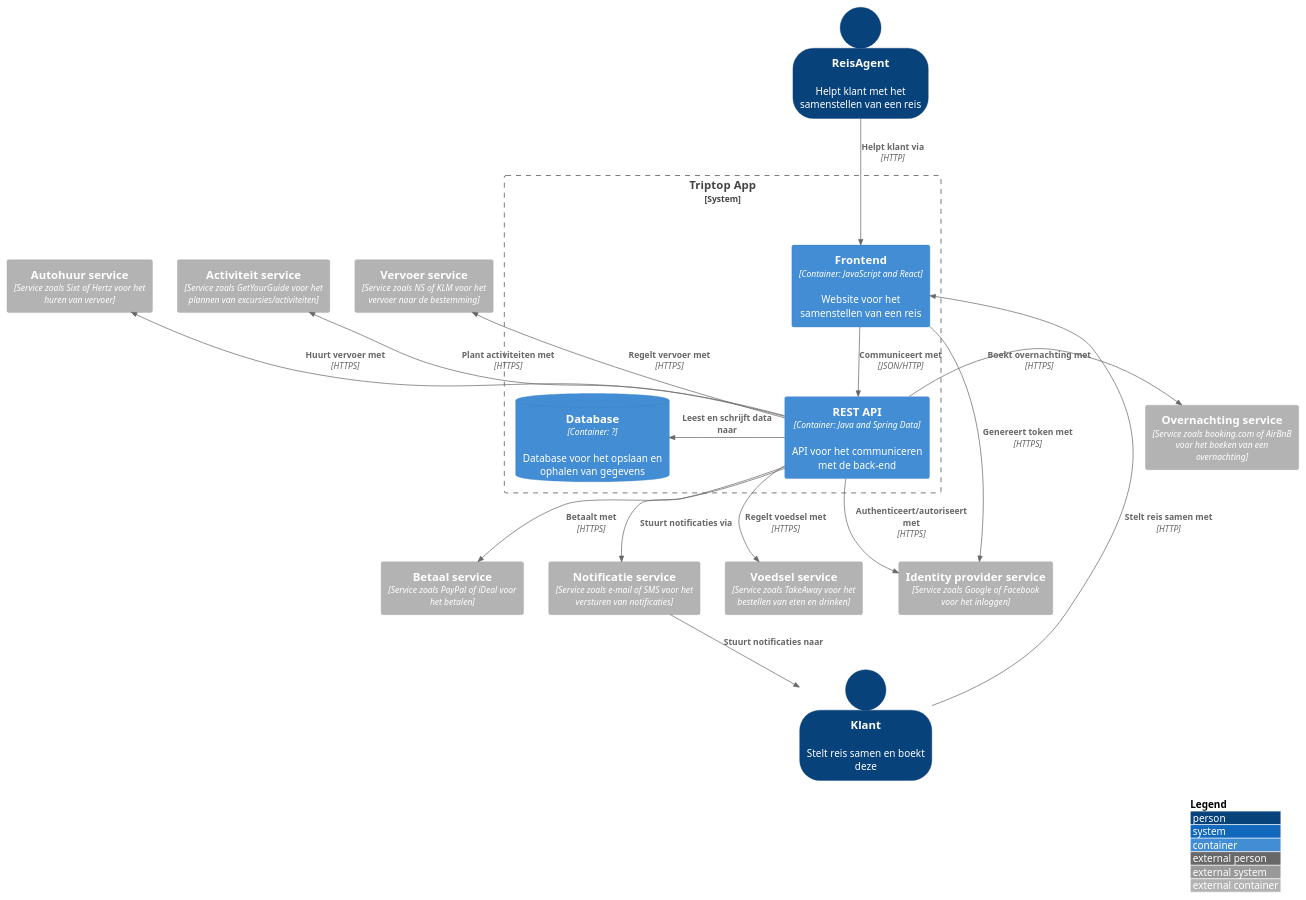
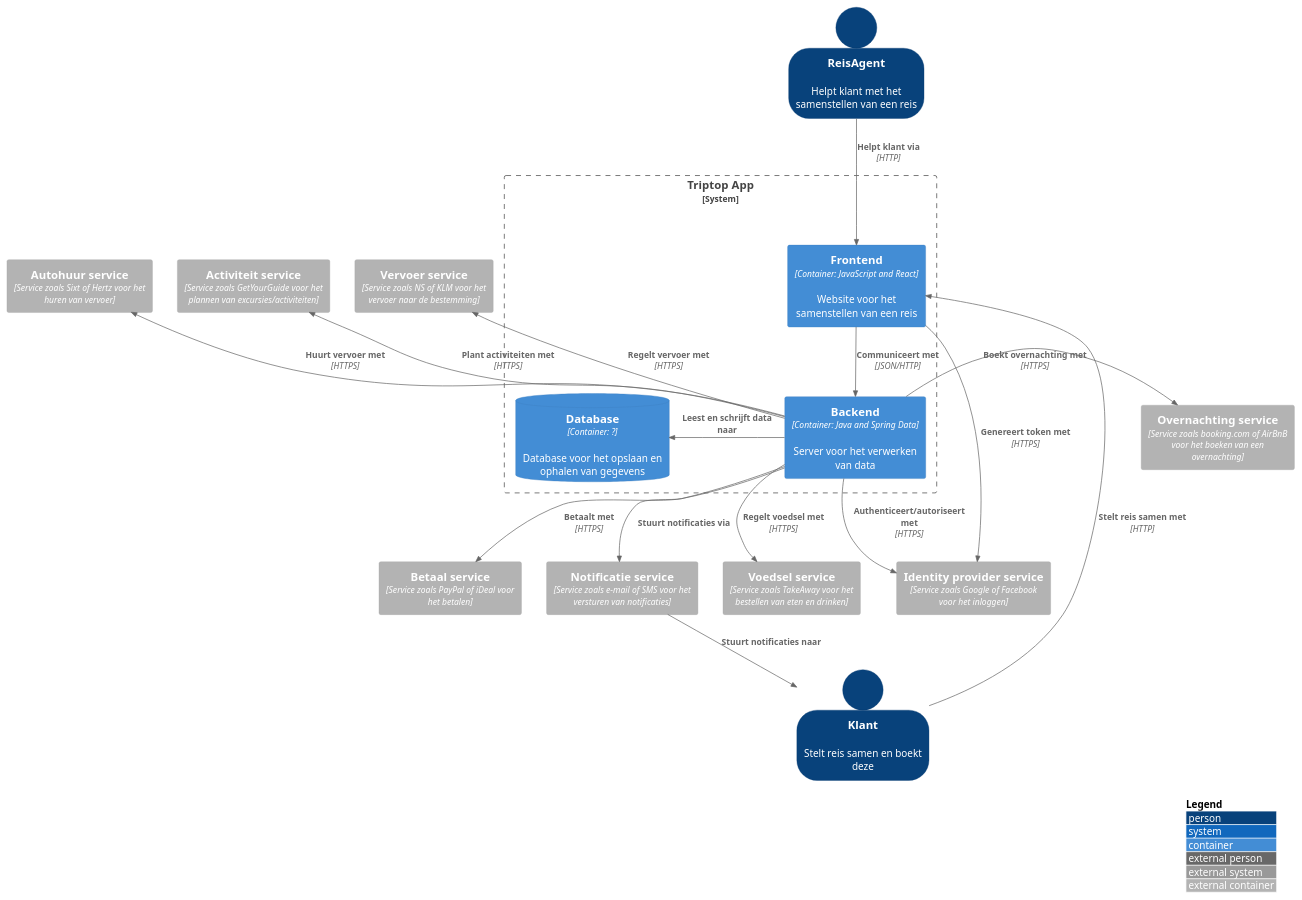
Before and after one commit to AIM-ENE-feb25/triptop-de-broederbond-fgs: the diagram in groeps-uitwerkingen/week1/diagrammen/container/container-diagram.puml, drawn with PlantUML. The commit also changed 2 other files, not shown here.

Commit message:
container diagram kloppend gemaakt

```diff
--- a/groeps-uitwerkingen/week1/diagrammen/container/container-diagram.puml
+++ b/groeps-uitwerkingen/week1/diagrammen/container/container-diagram.puml
@@ -1,48 +1,48 @@
 @startuml
 
 !include https://raw.githubusercontent.com/plantuml-stdlib/C4-PlantUML/master/C4_Container.puml
 
 SHOW_PERSON_OUTLINE()
 LAYOUT_WITH_LEGEND()
 
 Person(klant, "Klant", "Stelt reis samen en boekt deze")
 Person(reisAgent, "ReisAgent", "Helpt klant met het samenstellen van een reis")
 
 System_Boundary(tripTopApp, "Triptop App") {
 Container(frontend, "Frontend", "Container: JavaScript and React", "Website voor het samenstellen van een reis")
-Container(restAPI, "REST API", "Container: Java and Spring Data", "API voor het communiceren met de back-end")
+Container(backend, "Backend", "Container: Java and Spring Data", "Server voor het verwerken van data")
 ContainerDb(database, "Database", "Container: ?", "Database voor het opslaan en ophalen van gegevens")
 }
 
 Container_Ext(overnachtingService, "Overnachting service", "Service zoals booking.com of AirBnB voor het boeken van een overnachting")
 Container_Ext(vervoerService, "Vervoer service", "Service zoals NS of KLM voor het vervoer naar de bestemming")
 Container_Ext(activiteitService, "Activiteit service", "Service zoals GetYourGuide voor het plannen van excursies/activiteiten")
 Container_Ext(autohuurService, "Autohuur service", "Service zoals Sixt of Hertz voor het huren van vervoer")
 Container_Ext(voedselService, "Voedsel service", "Service zoals TakeAway voor het bestellen van eten en drinken")
 Container_Ext(identityProviderService, "Identity provider", "Service zoals Google of Facebook voor het inloggen")
 Container_Ext(paymentService, "Betaal service", "Service zoals PayPal of iDeal voor het betalen")
 Container_Ext(noticationService, "Notificatie service", "Service zoals e-mail of SMS voor het versturen van notificaties")
 Container_Ext(identityProviderService, "Identity provider service", "Service zoals Google of Facebook voor het inloggen")
 
 ' Klant relaties
 Rel(klant, frontend, "Stelt reis samen met", "HTTP")
 Rel(noticationService, klant, "Stuurt notificaties naar")
 
 ' ReisAgent relaties
 Rel(reisAgent, frontend, "Helpt klant via", "HTTP")
 
 ' Triptop relaties
-Rel(frontend, restAPI, "Communiceert met", "JSON/HTTP")
+Rel(frontend, backend, "Communiceert met", "JSON/HTTP")
 Rel(frontend, identityProviderService, "Genereert token met", "HTTPS")
-Rel_L(restAPI, database, "Leest en schrijft data naar")
+Rel_L(backend, database, "Leest en schrijft data naar")
 
 'API relaties
-Rel_R(restAPI, overnachtingService, "Boekt overnachting met", "HTTPS")
-Rel_U(restAPI, vervoerService, "Regelt vervoer met", "HTTPS")
-Rel_U(restAPI, activiteitService, "Plant activiteiten met", "HTTPS")
-Rel_U(restAPI, autohuurService, "Huurt vervoer met", "HTTPS")
-Rel(restAPI, voedselService, "Regelt voedsel met", "HTTPS")
-Rel(restAPI, identityProviderService, "Authenticeert/autoriseert met", "HTTPS")
-Rel(restAPI, paymentService, "Betaalt met", "HTTPS")
-Rel(restAPI, noticationService, "Stuurt notificaties via")
+Rel_R(backend, overnachtingService, "Boekt overnachting met", "HTTPS")
+Rel_U(backend, vervoerService, "Regelt vervoer met", "HTTPS")
+Rel_U(backend, activiteitService, "Plant activiteiten met", "HTTPS")
+Rel_U(backend, autohuurService, "Huurt vervoer met", "HTTPS")
+Rel(backend, voedselService, "Regelt voedsel met", "HTTPS")
+Rel(backend, identityProviderService, "Authenticeert/autoriseert met", "HTTPS")
+Rel(backend, paymentService, "Betaalt met", "HTTPS")
+Rel(backend, noticationService, "Stuurt notificaties via")
 @enduml
```
